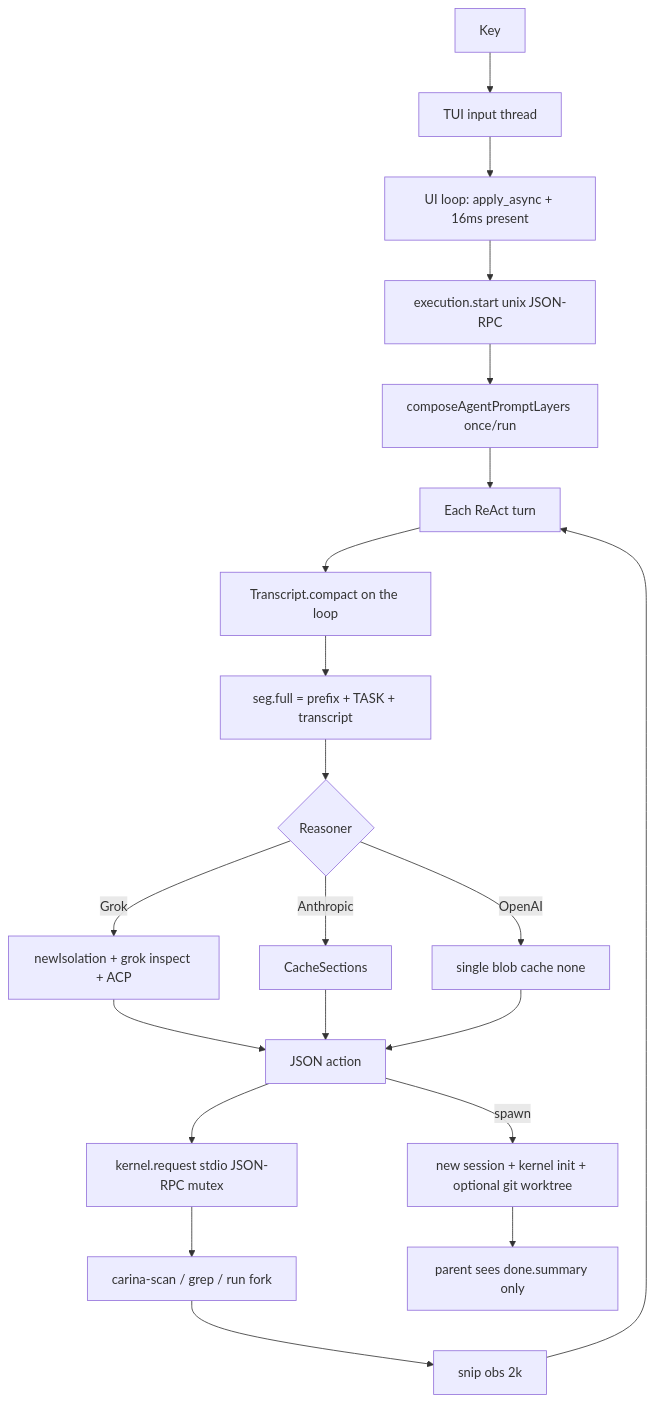
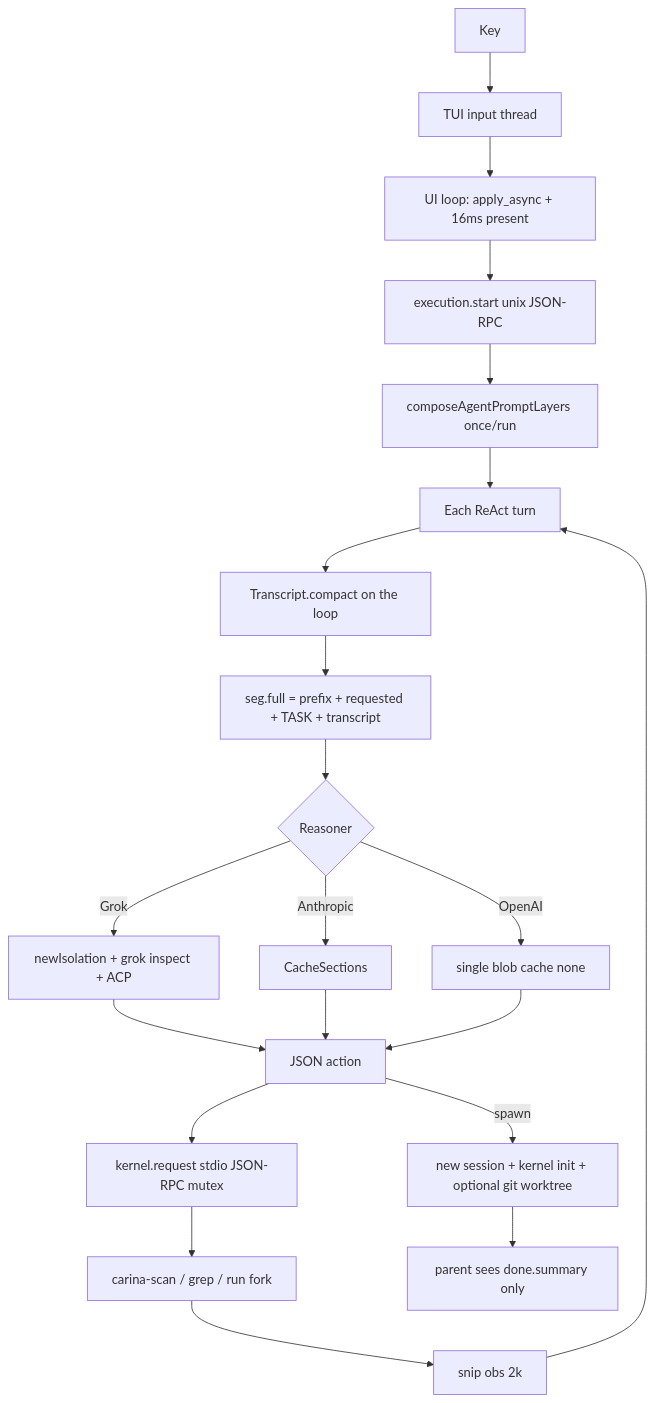
One commit to Nebutra/carina changed the diagram in docs/HOT_PATH.md. Above: the diagram before and after it, drawn with Mermaid. The commit also changed 33 other files, not shown here.

````diff
--- a/docs/HOT_PATH.md
+++ b/docs/HOT_PATH.md
@@ -18,23 +18,23 @@
 ```mermaid
 flowchart TD
   key[Key] --> tui[TUI input thread]
   tui --> loop[UI loop: apply_async + 16ms present]
   loop --> rpc[execution.start unix JSON-RPC]
   rpc --> layers[composeAgentPromptLayers once/run]
   layers --> turn[Each ReAct turn]
   turn --> compact[Transcript.compact on the loop]
-  compact --> full["seg.full = prefix + TASK + transcript"]
+  compact --> full["seg.full = prefix + requested + TASK + transcript"]
   full --> think{Reasoner}
   think -->|Grok| isol[newIsolation + grok inspect + ACP]
   think -->|Anthropic| cache[CacheSections]
   think -->|OpenAI| blob[single blob cache none]
   isol --> act[JSON action]
   cache --> act
   blob --> act
   act --> kern["kernel.request stdio JSON-RPC mutex"]
   kern --> zig[carina-scan / grep / run fork]
   zig --> snip[snip obs 2k]
   snip --> turn
   act -->|spawn| child[new session + kernel init + optional git worktree]
   child --> sum[parent sees done.summary only]
 ```
````
